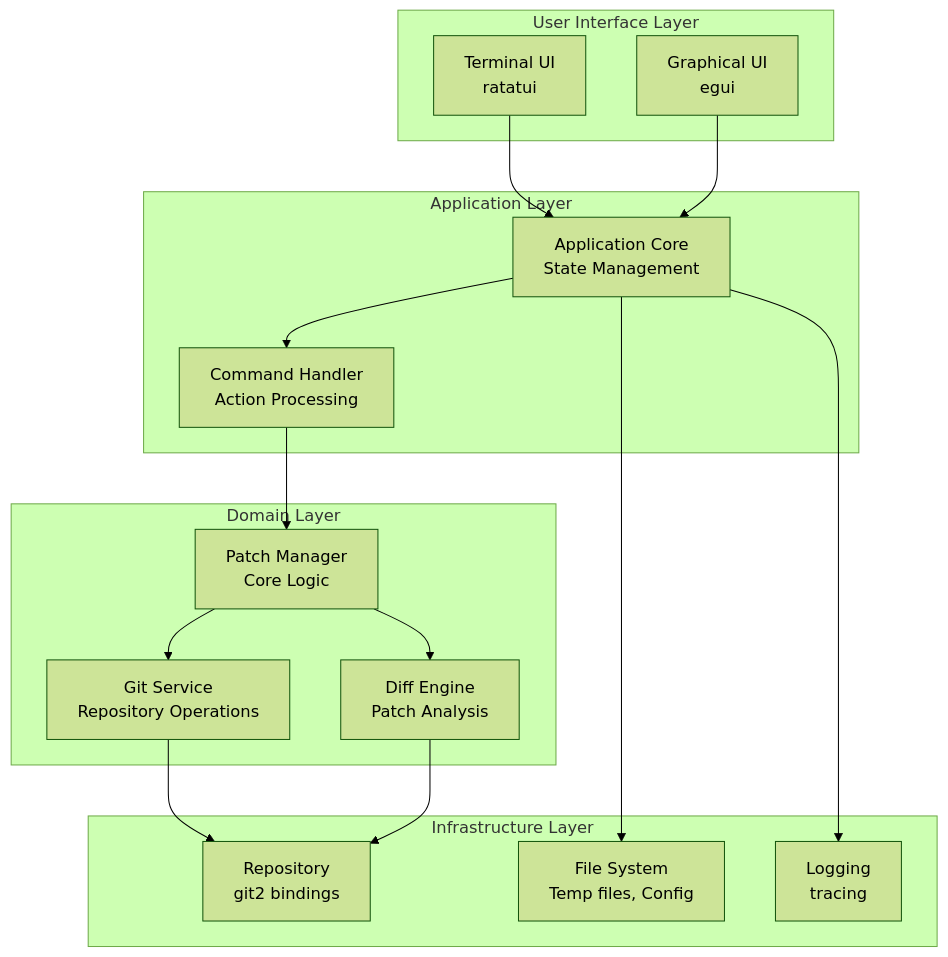
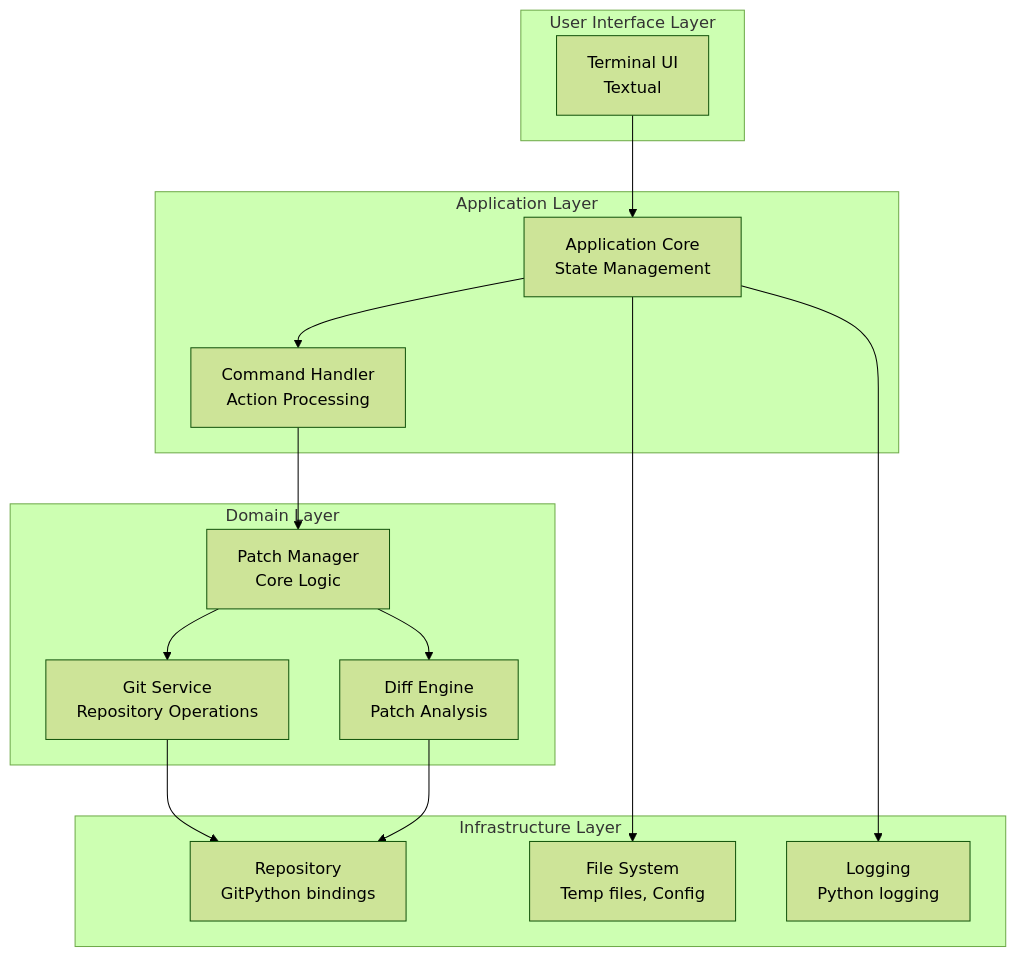
Before and after one commit to RonnyPfannschmidt/git-patchdance: the diagram in docs/architecture.md, drawn with Mermaid (forest theme). The commit also changed other lines of this file and 4 other files, not shown here.

````diff
--- a/docs/architecture.md
+++ b/docs/architecture.md
@@ -7,35 +7,33 @@
 ```mermaid
 graph TB
     subgraph "User Interface Layer"
-        TUI[Terminal UI<br/>ratatui]
-        GUI[Graphical UI<br/>egui]
+        TUI[Terminal UI<br/>Textual]
     end
     
     subgraph "Application Layer"
         APP[Application Core<br/>State Management]
         CMD[Command Handler<br/>Action Processing]
     end
     
     subgraph "Domain Layer"
         PM[Patch Manager<br/>Core Logic]
         GIT[Git Service<br/>Repository Operations]
         DIFF[Diff Engine<br/>Patch Analysis]
     end
     
     subgraph "Infrastructure Layer"
-        REPO[Repository<br/>git2 bindings]
+        REPO[Repository<br/>GitPython bindings]
         FS[File System<br/>Temp files, Config]
-        LOG[Logging<br/>tracing]
+        LOG[Logging<br/>Python logging]
     end
     
     TUI --> APP
-    GUI --> APP
     APP --> CMD
     CMD --> PM
     PM --> GIT
     PM --> DIFF
     GIT --> REPO
     DIFF --> REPO
     APP --> FS
     APP --> LOG
 ```
````
